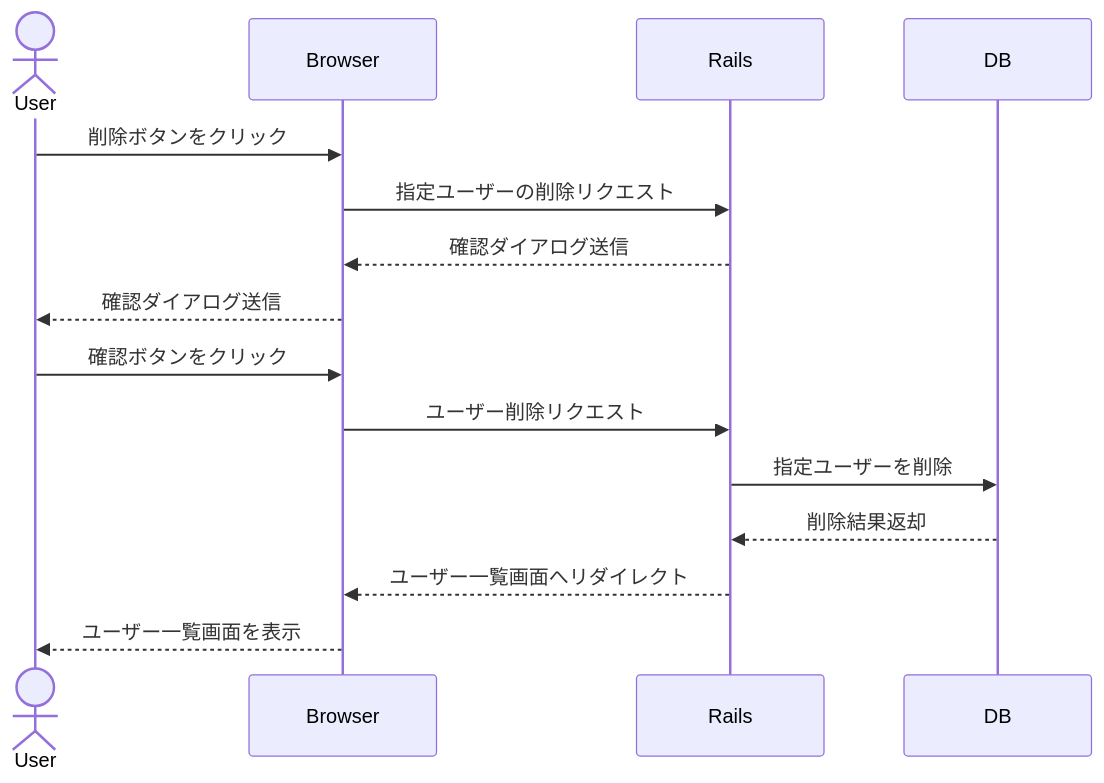
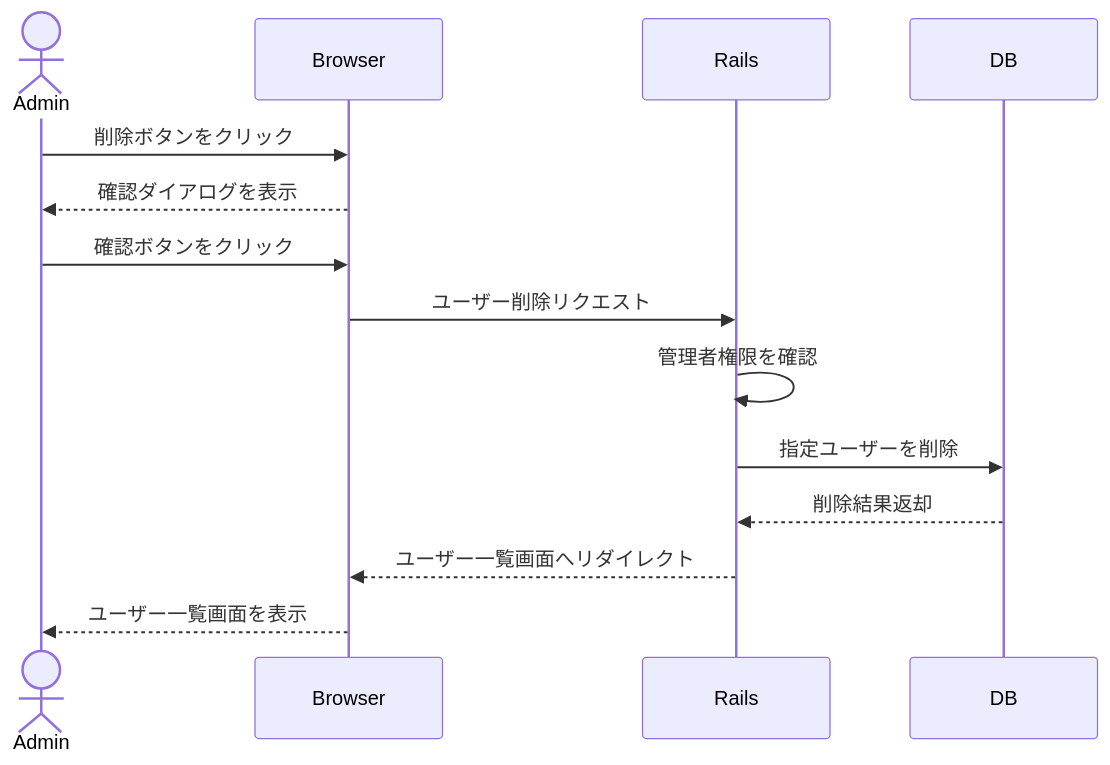
Before and after one commit to Mihara-Yamato-com/training_yamato_app: the fourth of 4 diagrams in 03_detail_design.md, drawn with Mermaid. The commit also changed other lines of this file, not shown here.

Commit message:
シーケンス図の修正と誤字脱字の修正

````diff
--- a/03_detail_design.md
+++ b/03_detail_design.md
@@ -282,19 +283,18 @@
 ```mermaid
 sequenceDiagram
-    actor User
+    actor Admin
     participant Browser
     participant Rails
     participant DB
 
-    User->>Browser:削除ボタンをクリック
-    Browser->>Rails:指定ユーザーの削除リクエスト
-    Rails-->>Browser:確認ダイアログ送信
-    Browser-->>User:確認ダイアログ送信
-    User->>Browser:確認ボタンをクリック
+    Admin->>Browser:削除ボタンをクリック
+    Browser-->>Admin:確認ダイアログを表示
+    Admin->>Browser:確認ボタンをクリック
     Browser->>Rails:ユーザー削除リクエスト
+    Rails->>Rails:管理者権限を確認
     Rails->>DB:指定ユーザーを削除
     DB-->>Rails:削除結果返却
     Rails-->>Browser:ユーザー一覧画面へリダイレクト
-    Browser-->>User:ユーザー一覧画面を表示
+    Browser-->>Admin:ユーザー一覧画面を表示
 
 ```
````
